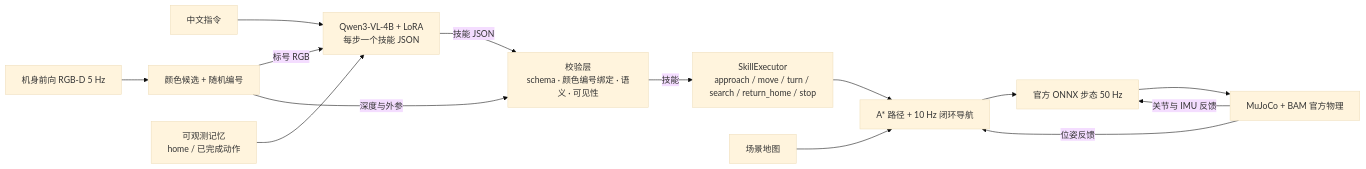
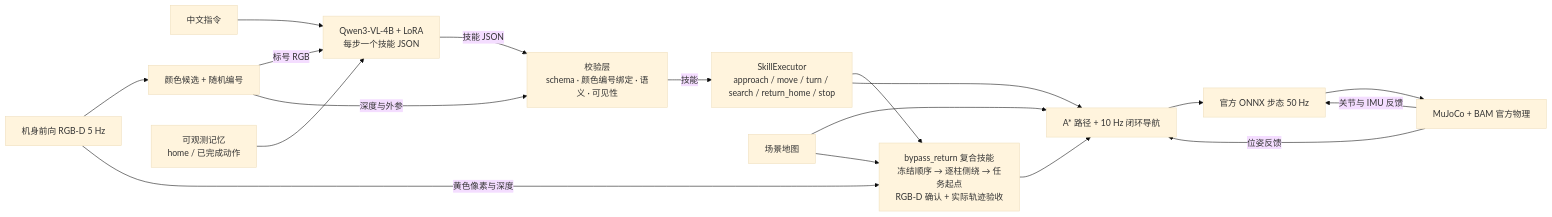
Before and after one commit to atlasmarkz/microduck-qwen: the first of 2 diagrams in README.md, drawn with Mermaid (base theme). The commit also changed other lines of this file and 35 other files, not shown here.

Commit message:
Add verified yellow-obstacle bypass and return task with 4B training and demo

````diff
--- a/README.md
+++ b/README.md
@@ -22,16 +22,20 @@
 ```mermaid
 flowchart LR
     U["中文指令"] --> V["Qwen3-VL-4B + LoRA<br/>每步一个技能 JSON"]
     S["机身前向 RGB-D 5 Hz"] --> C["颜色候选 + 随机编号"]
     C -->|标号 RGB| V
     H["可观测记忆<br/>home / 已完成动作"] --> V
     V -->|技能 JSON| L["校验层<br/>schema · 颜色编号绑定 · 语义 · 可见性"]
     C -->|深度与外参| L
     L -->|技能| K["SkillExecutor<br/>approach / move / turn / search / return_home / stop"]
-    K --> N["A* 路径 + 10 Hz 闭环导航"]
+    K --> B["bypass_return 复合技能<br/>冻结顺序 → 逐柱侧绕 → 任务起点<br/>RGB-D 确认 + 实际轨迹验收"]
+    S -->|黄色像素与深度| B
+    B --> N["A* 路径 + 10 Hz 闭环导航"]
+    K --> N
     A["场景地图"] --> N
+    A --> B
     N --> G["官方 ONNX 步态 50 Hz"]
     G --> M["MuJoCo + BAM 官方物理"]
     M -->|位姿反馈| N
     M -->|关节与 IMU 反馈| G
 ```
````
